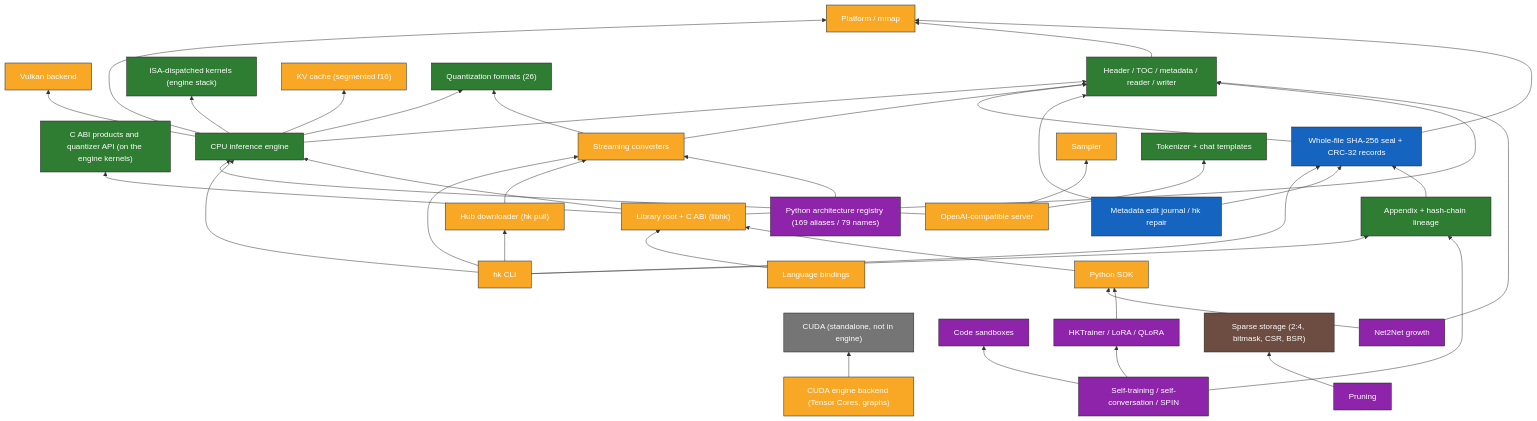
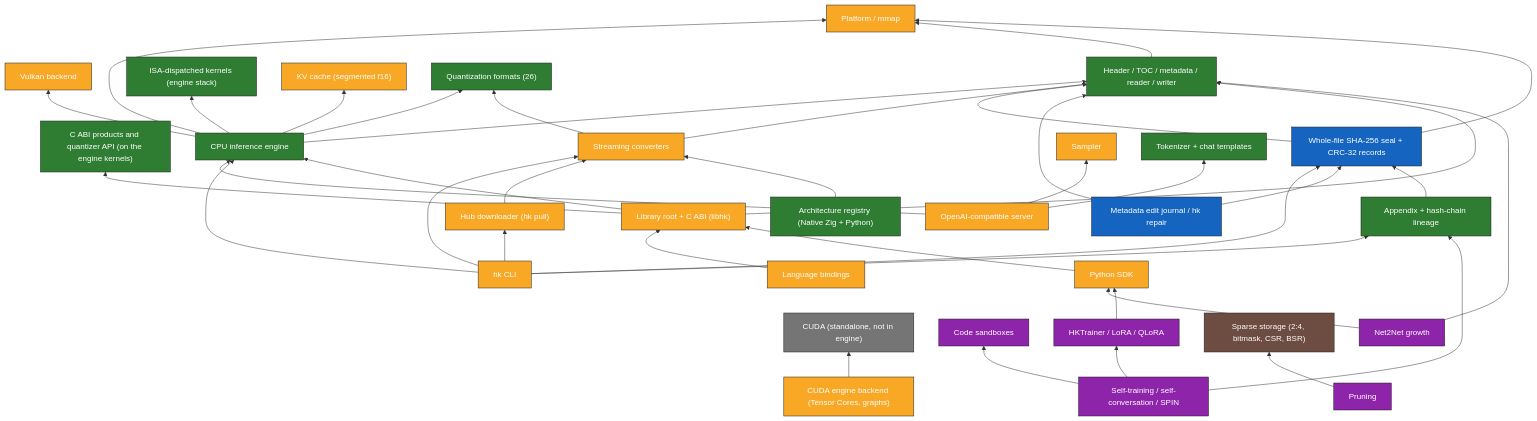
Before and after one commit to harshitkhandelwal208/hk: the second of 5 diagrams in docs/graph/GRAPH.md, drawn with Mermaid. The commit also changed other lines of this file and 7 other files, not shown here.

Commit message:
models: architecture registry, execution planner, and MQA/GQA/RoPE verification (plan §46-§50, §150)

````diff
--- a/docs/graph/GRAPH.md
+++ b/docs/graph/GRAPH.md
@@ -95,77 +95,77 @@
 ```mermaid
 flowchart BT
   n_appendix_lineage["Appendix + hash-chain lineage"]:::done
-  n_architecture_registry["Python architecture registry (169 aliases / 79 names)"]:::prototype
+  n_architecture_registry["Architecture registry (Native Zig + Python)"]:::done
   n_backend_cuda_engine["CUDA engine backend (Tensor Cores, graphs)"]:::partial
   n_backend_cuda_standalone["CUDA (standalone, not in engine)"]:::legacy
   n_backend_vulkan["Vulkan backend"]:::partial
   n_bindings["Language bindings"]:::partial
   n_c_abi["Library root + C ABI (libhk)"]:::partial
   n_c_abi_ops["C ABI products and quantizer API (on the engine kernels)"]:::done
   n_cli["hk CLI"]:::partial
   n_code_sandbox["Code sandboxes"]:::prototype
   n_converters["Streaming converters"]:::partial
   n_engine["CPU inference engine"]:::done
   n_format_core["Header / TOC / metadata / reader / writer"]:::done
   n_growth["Net2Net growth"]:::prototype
   n_hub_pull["Hub downloader (hk pull)"]:::partial
   n_integrity["Whole-file SHA-256 seal + CRC-32 records"]:::in_progress
   n_kernels_engine["ISA-dispatched kernels (engine stack)"]:::done
   n_kv_cache["KV cache (segmented f16)"]:::partial
   n_platform_mmap["Platform / mmap"]:::partial
   n_pruning["Pruning"]:::prototype
   n_python_sdk["Python SDK"]:::partial
   n_quant_formats["Quantization formats (26)"]:::done
   n_sampler["Sampler"]:::partial
   n_self_training["Self-training / self-conversation / SPIN"]:::prototype
   n_server["OpenAI-compatible server"]:::partial
   n_sparsity_storage["Sparse storage (2:4, bitmask, CSR, BSR)"]:::storage_only
   n_tokenizer["Tokenizer + chat templates"]:::done
   n_trainer["HKTrainer / LoRA / QLoRA"]:::prototype
   n_transaction["Metadata edit journal / hk repair"]:::in_progress
   n_engine --> n_kernels_engine
   n_engine --> n_quant_formats
   n_engine --> n_kv_cache
   n_engine --> n_format_core
   n_engine --> n_backend_vulkan
   n_engine --> n_platform_mmap
   n_server --> n_engine
   n_server --> n_sampler
   n_server --> n_tokenizer
   n_cli --> n_engine
   n_cli --> n_hub_pull
   n_cli --> n_converters
   n_cli --> n_appendix_lineage
   n_cli --> n_integrity
   n_hub_pull --> n_converters
   n_converters --> n_format_core
   n_converters --> n_quant_formats
   n_format_core --> n_platform_mmap
   n_integrity --> n_format_core
   n_integrity --> n_platform_mmap
   n_transaction --> n_integrity
   n_transaction --> n_format_core
   n_appendix_lineage --> n_integrity
   n_c_abi --> n_c_abi_ops
   n_c_abi --> n_format_core
   n_c_abi --> n_engine
   n_bindings --> n_c_abi
   n_python_sdk --> n_c_abi
   n_architecture_registry --> n_converters
   n_growth --> n_format_core
   n_growth --> n_python_sdk
   n_trainer --> n_python_sdk
   n_self_training --> n_trainer
   n_self_training --> n_code_sandbox
   n_self_training --> n_appendix_lineage
   n_pruning --> n_sparsity_storage
   n_backend_cuda_engine --> n_backend_cuda_standalone
   classDef done fill:#2e7d32,stroke:#222,color:#fff;
   classDef partial fill:#f9a825,stroke:#222,color:#fff;
   classDef in_progress fill:#1565c0,stroke:#222,color:#fff;
   classDef prototype fill:#8e24aa,stroke:#222,color:#fff;
   classDef storage_only fill:#6d4c41,stroke:#222,color:#fff;
   classDef legacy fill:#757575,stroke:#222,color:#fff;
   classDef untested_hw fill:#ef6c00,stroke:#222,color:#fff;
   classDef not_started fill:#c62828,stroke:#222,color:#fff;
 ```
````
